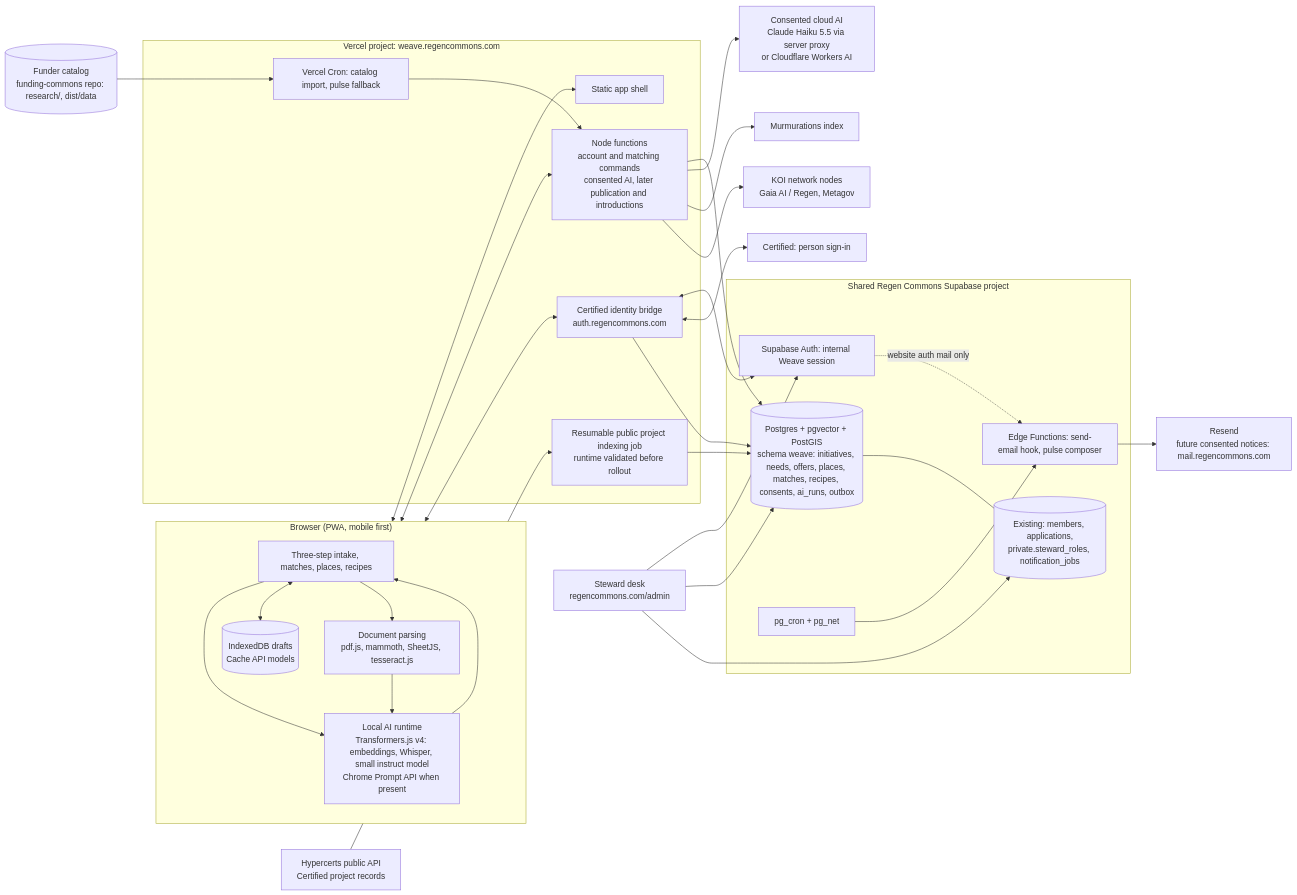
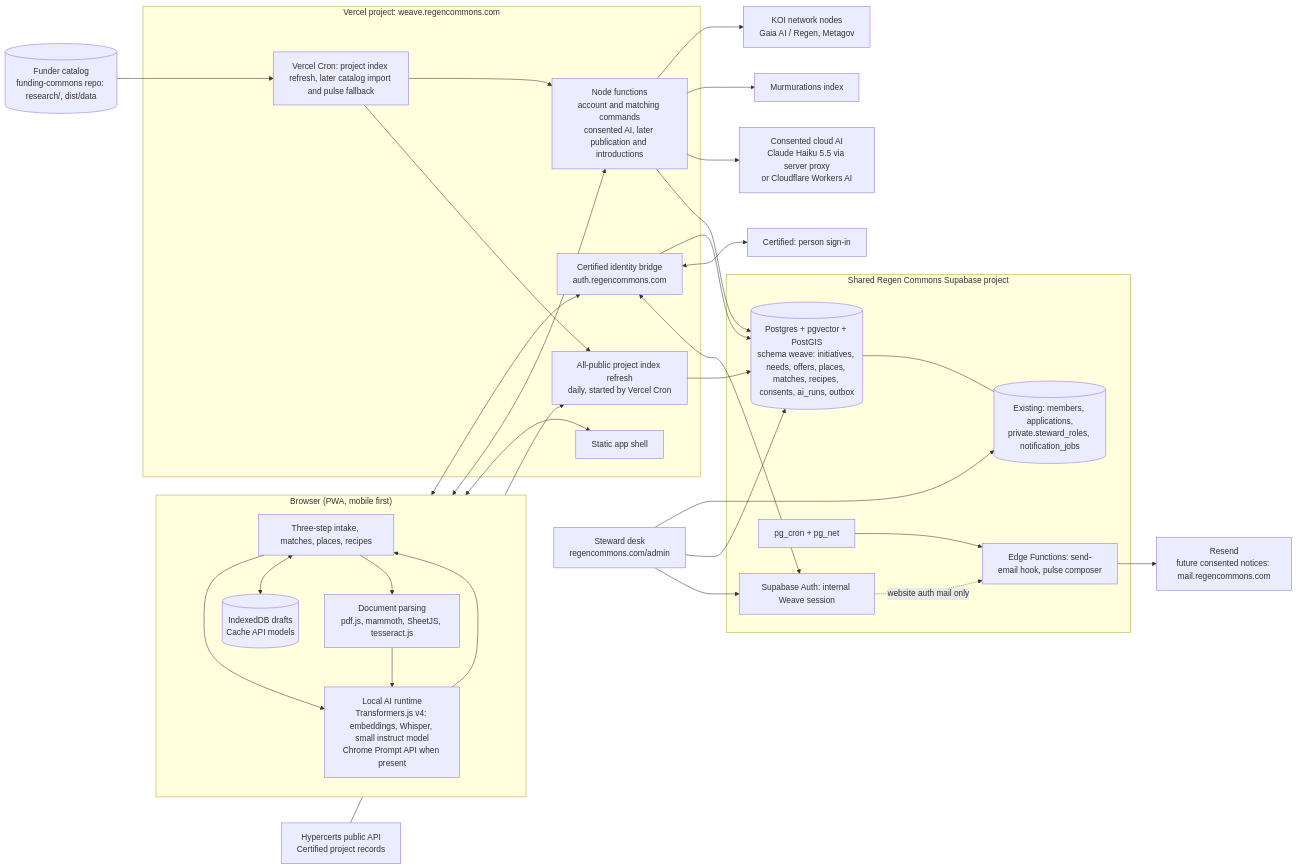
Before and after one commit to regen-commons/weave: the diagram in docs/platform/05-technical-spec.md, drawn with Mermaid. The commit also changed other lines of this file and 34 other files, not shown here.

First line of the commit message:
feat(platform): index and show every listed public Certified project

````diff
--- a/docs/platform/05-technical-spec.md
+++ b/docs/platform/05-technical-spec.md
@@ -23,55 +23,56 @@
 ```mermaid
 flowchart LR
   subgraph Browser["Browser (PWA, mobile first)"]
     UI[Three-step intake, matches, places, recipes]
     LocalAI[Local AI runtime<br/>Transformers.js v4: embeddings, Whisper, small instruct model<br/>Chrome Prompt API when present]
     Parse[Document parsing<br/>pdf.js, mammoth, SheetJS, tesseract.js]
     Store[(IndexedDB drafts<br/>Cache API models)]
     UI --> LocalAI --> UI
     UI --> Parse --> LocalAI
     UI <--> Store
   end
   subgraph Vercel["Vercel project: weave.regencommons.com"]
     Static[Static app shell]
     API["Node functions<br/>account and matching commands<br/>consented AI, later publication and introductions"]
     Bridge[Certified identity bridge<br/>auth.regencommons.com]
-    Indexer[Resumable public project indexing job<br/>runtime validated before rollout]
-    Cron[Vercel Cron: catalog import, pulse fallback]
+    Indexer[All-public project index refresh<br/>daily, started by Vercel Cron]
+    Cron[Vercel Cron: project index refresh, later catalog import and pulse fallback]
   end
   subgraph Supabase["Shared Regen Commons Supabase project"]
     Auth[Supabase Auth: internal Weave session]
     PG[(Postgres + pgvector + PostGIS<br/>schema weave: initiatives, needs, offers, places, matches, recipes, consents, ai_runs, outbox)]
     Existing[(Existing: members, applications,<br/>private.steward_roles, notification_jobs)]
     Edge[Edge Functions: send-email hook, pulse composer]
     PgCron[pg_cron + pg_net]
   end
   Resend[Resend<br/>future consented notices: mail.regencommons.com]
   PublicProjects[Hypercerts public API<br/>Certified project records]
   Catalog[(Funder catalog<br/>funding-commons repo: research/, dist/data)]
   Murm[Murmurations index]
   KOI[KOI network nodes<br/>Gaia AI / Regen, Metagov]
   Cloud[Consented cloud AI<br/>Claude Haiku 5.5 via server proxy<br/>or Cloudflare Workers AI]
   Desk[Steward desk<br/>regencommons.com/admin]
 
   Browser <--> Static
   Browser <--> API
   Certified[Certified: person sign-in]
   Browser <--> Bridge
   Bridge <--> Auth
   Bridge <--> Certified
   Bridge --> PG
   PublicProjects --> Indexer --> PG
   API --> PG
   API --> Cloud
   API --> Murm
   API --> KOI
   Edge --> Resend
   Desk --> Auth
   Auth -. website auth mail only .-> Edge
   PgCron --> Edge
+  Cron --> Indexer
   Cron --> API
   Catalog --> Cron
   Desk --> PG
   Desk --> Existing
   PG --- Existing
 ```
````
